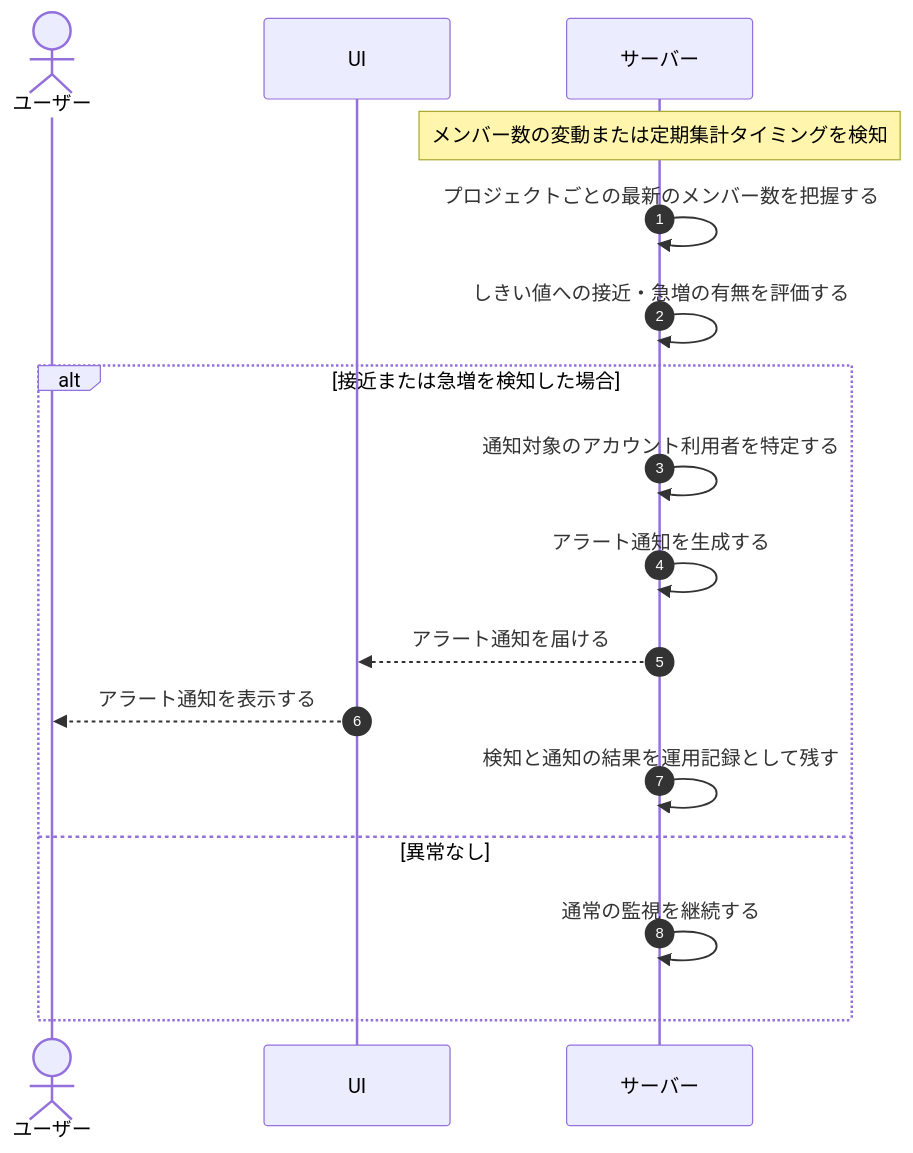
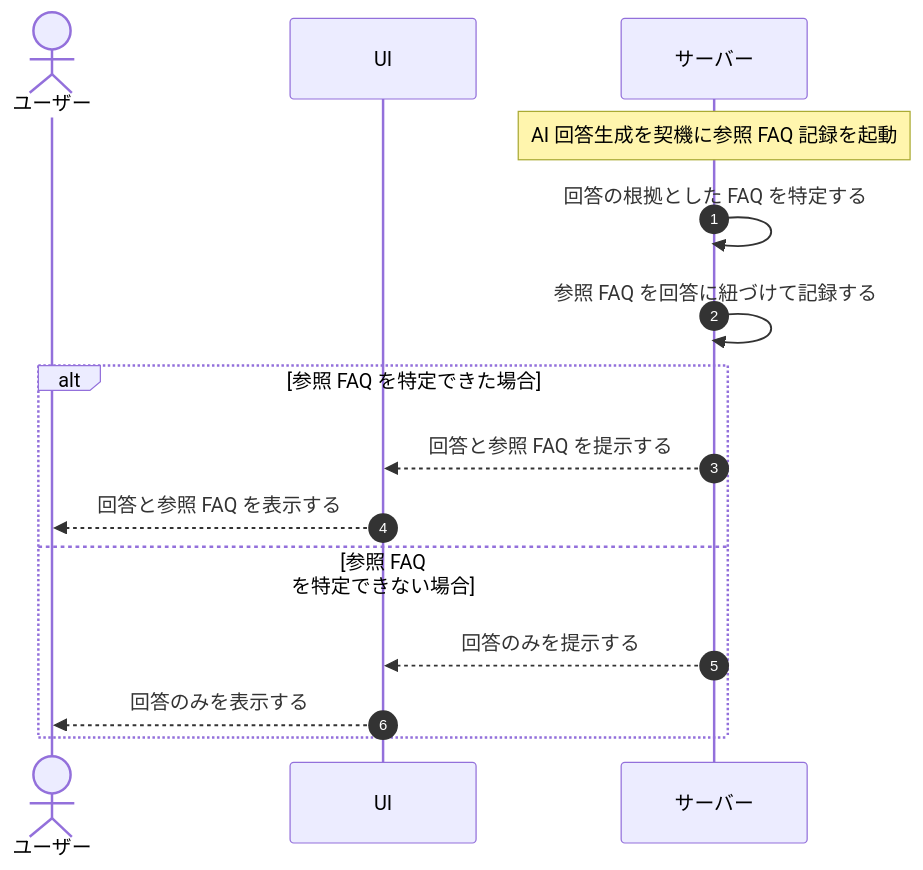
Before and after one commit to sikakou54/open-faq: the diagram in 01_requirements/04_business_usecases/UC-048.md, drawn with Mermaid. The commit also changed other lines of this file and 395 other files, not shown here.

````diff
--- a/01_requirements/04_business_usecases/UC-048.md
+++ b/01_requirements/04_business_usecases/UC-048.md
@@ -27,19 +26,19 @@
 ```mermaid
 sequenceDiagram
   autonumber
   actor U as ユーザー
   participant UI as UI
   participant S as サーバー
-  Note over S: メンバー数の変動または定期集計タイミングを検知
-  S->>S: プロジェクトごとの最新のメンバー数を把握する
-  S->>S: しきい値への接近・急増の有無を評価する
-  alt 接近または急増を検知した場合
-    S->>S: 通知対象のアカウント利用者を特定する
-    S->>S: アラート通知を生成する
-    S-->>UI: アラート通知を届ける
-    UI-->>U: アラート通知を表示する
-    S->>S: 検知と通知の結果を運用記録として残す
-  else 異常なし
-    S->>S: 通常の監視を継続する
+
+  Note over S: AI 回答生成を契機に参照 FAQ 記録を起動
+  S->>S: 回答の根拠とした FAQ を特定する
+  S->>S: 参照 FAQ を回答に紐づけて記録する
+
+  alt 参照 FAQ を特定できた場合
+    S-->>UI: 回答と参照 FAQ を提示する
+    UI-->>U: 回答と参照 FAQ を表示する
+  else 参照 FAQ を特定できない場合
+    S-->>UI: 回答のみを提示する
+    UI-->>U: 回答のみを表示する
   end
 ```
````
